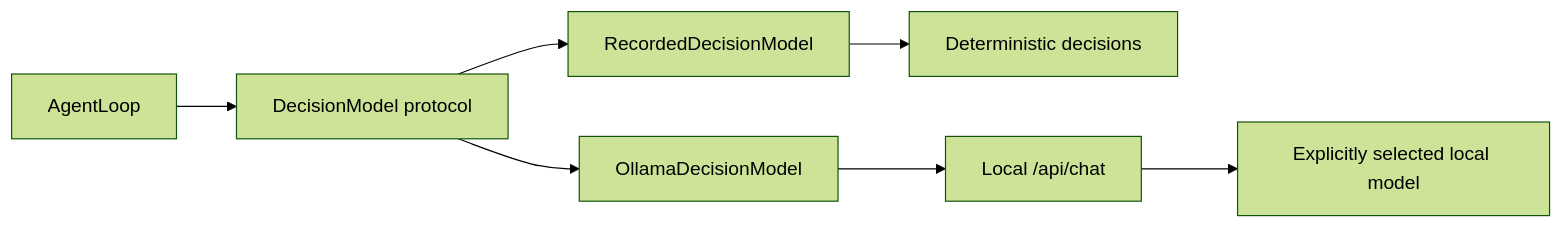
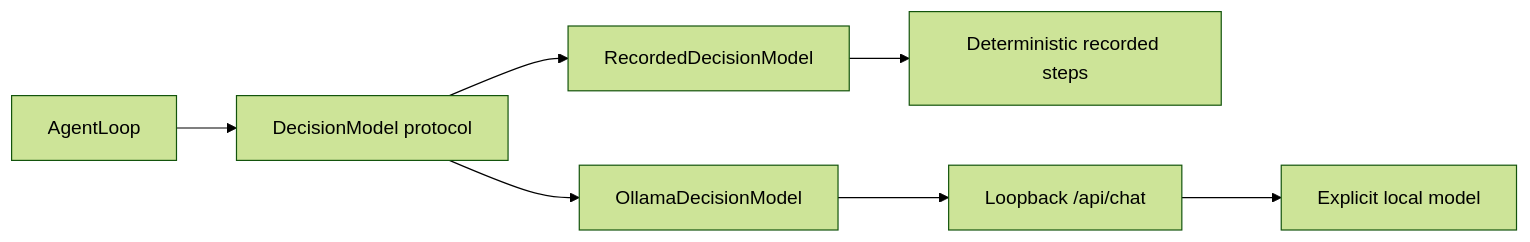
Before and after one commit to spolovynko/travelops-recovery-agent: the third of 8 diagrams in docs/notes/phase-6.md, drawn with Mermaid (forest theme). The commit also changed other lines of this file and 25 other files, not shown here.

````diff
--- a/docs/notes/phase-6.md
+++ b/docs/notes/phase-6.md
@@ -77,9 +105,9 @@
 ```mermaid
 flowchart LR
     LOOP["AgentLoop"] --> PORT["DecisionModel protocol"]
     PORT --> REC["RecordedDecisionModel"]
     PORT --> OLLAMA["OllamaDecisionModel"]
-    REC --> FIX["Deterministic decisions"]
-    OLLAMA --> HTTP["Local /api/chat"]
-    HTTP --> LOCAL["Explicitly selected local model"]
+    REC --> FIX["Deterministic recorded steps"]
+    OLLAMA --> HTTP["Loopback /api/chat"]
+    HTTP --> LOCAL["Explicit local model"]
 ```
````
